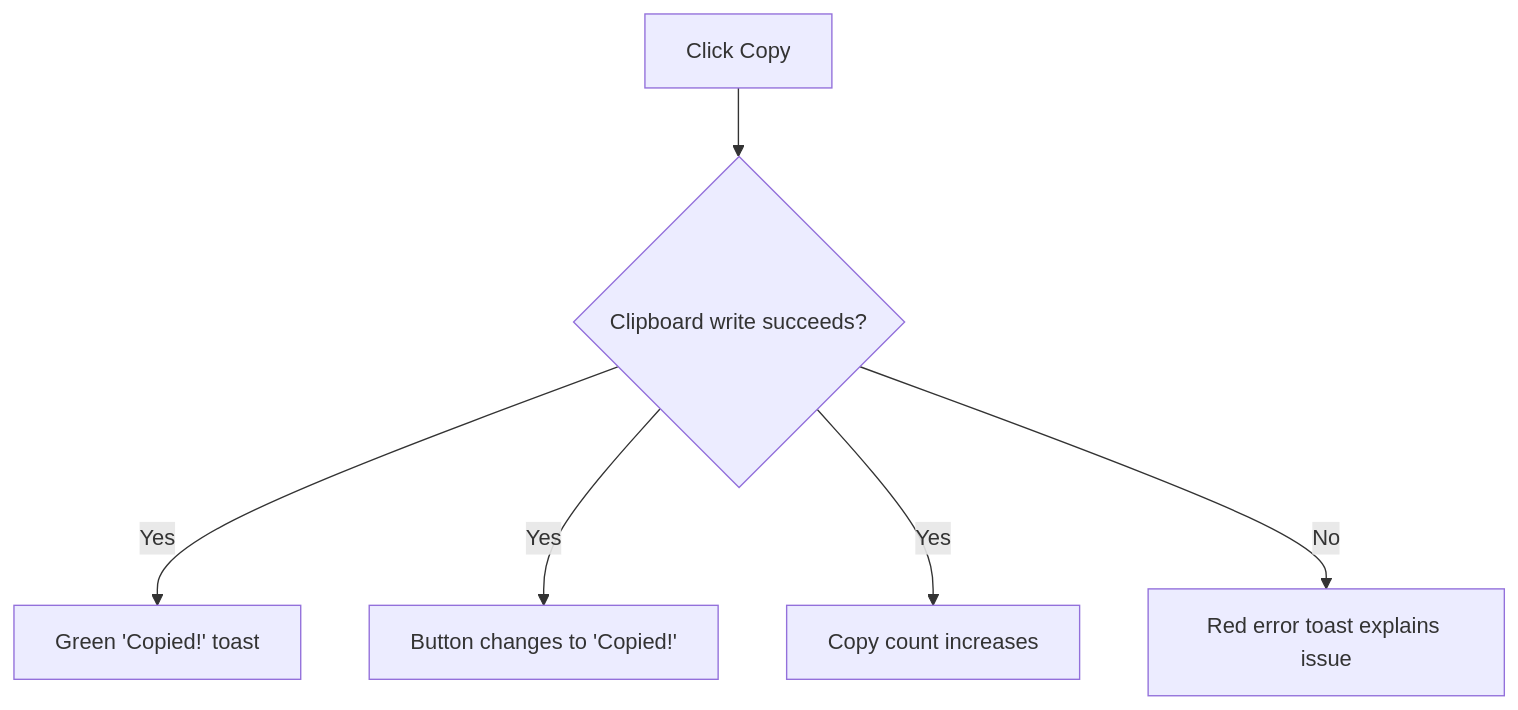
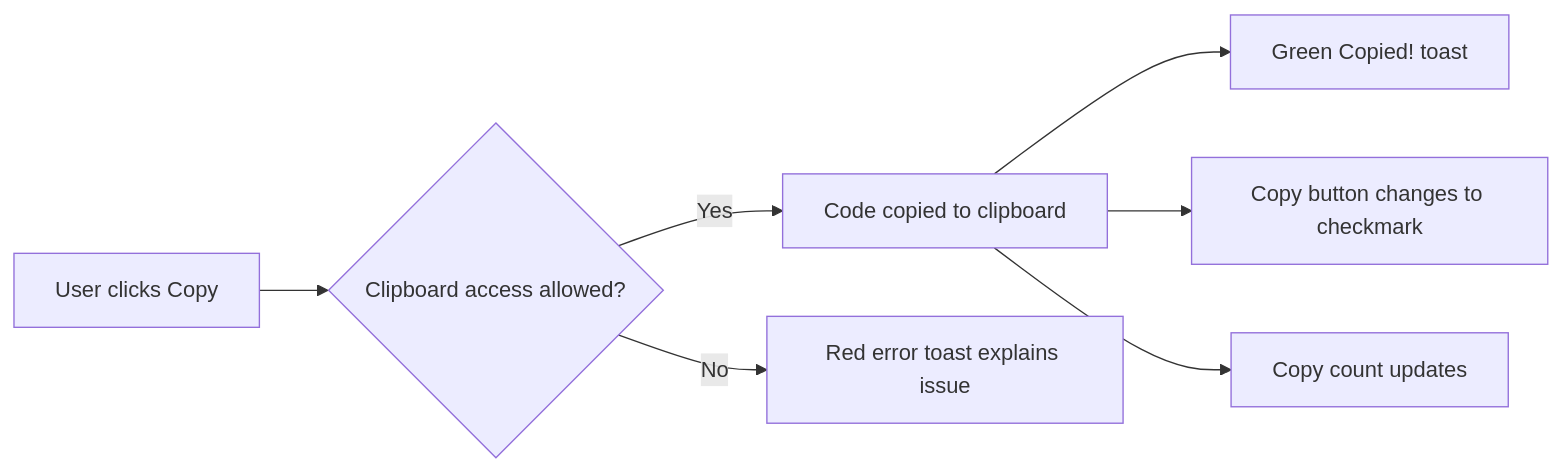
Before and after one commit to Mohita111/API2: the diagram in api2-documentation/plan_2026-11-02_f8890e/user-facing-docs/copy-to-clipboard.md, drawn with Mermaid. The commit also changed other lines of this file and 11 other files, not shown here.

````diff
--- a/api2-documentation/plan_2026-11-02_f8890e/user-facing-docs/copy-to-clipboard.md
+++ b/api2-documentation/plan_2026-11-02_f8890e/user-facing-docs/copy-to-clipboard.md
@@ -22,8 +24,9 @@
 ```mermaid
-graph TD
-    A[Click Copy] --> B{"Clipboard write succeeds?"}
-    B -- Yes --> C["Green 'Copied!' toast"]
-    B -- Yes --> D["Button changes to 'Copied!'"]
-    B -- Yes --> E[Copy count increases]
-    B -- No --> F["Red error toast explains issue"]
+graph LR
+A[User clicks Copy] --> B{"Clipboard access allowed?"}
+B -->|Yes| C[Code copied to clipboard]
+C --> D["Green Copied! toast"]
+C --> E[Copy button changes to checkmark]
+C --> F[Copy count updates]
+B -->|No| G[Red error toast explains issue]
 ```
````
